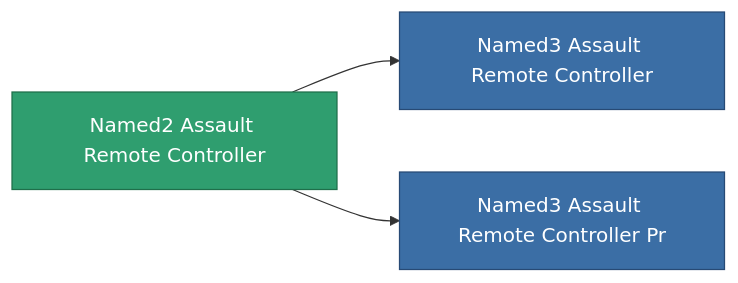
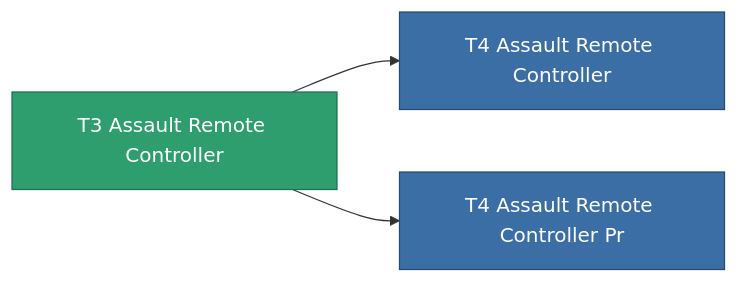
The diagram in content/content/items/named2_assault_remote_controller.md (OpenPerpetuum/Wiki), drawn with Mermaid before and after one commit. The commit also changed other lines of this file and 4904 other files, not shown here.

````diff
--- a/content/content/items/named2_assault_remote_controller.md
+++ b/content/content/items/named2_assault_remote_controller.md
@@ -82,13 +62,13 @@
 ```mermaid
 graph LR
-    a["Named2 Assault Remote Controller"]:::current
-    b["Named3 Assault Remote Controller"]:::prod
+    a["T3 Assault Remote Controller"]:::current
+    b["T4 Assault Remote Controller"]:::prod
     a --> b
-    click b "/content/items/named3-assault-remote-controller/" "Named3 Assault Remote Controller"
-    c["Named3 Assault Remote Controller Pr"]:::prod
+    click b "/content/items/named3-assault-remote-controller/" "T4 Assault Remote Controller"
+    c["T4 Assault Remote Controller Pr"]:::prod
     a --> c
-    click c "/content/items/named3-assault-remote-controller-pr/" "Named3 Assault Remote Controller Pr"
+    click c "/content/items/named3-assault-remote-controller-pr/" "T4 Assault Remote Controller Pr"
     classDef current fill:#2f9e6f,stroke:#1f6f4a,color:#ffffff
     classDef prod fill:#3b6ea5,stroke:#274a75,color:#ffffff
     classDef more fill:#39445a,stroke:#54658a,color:#d5dbe8
 ```
````
